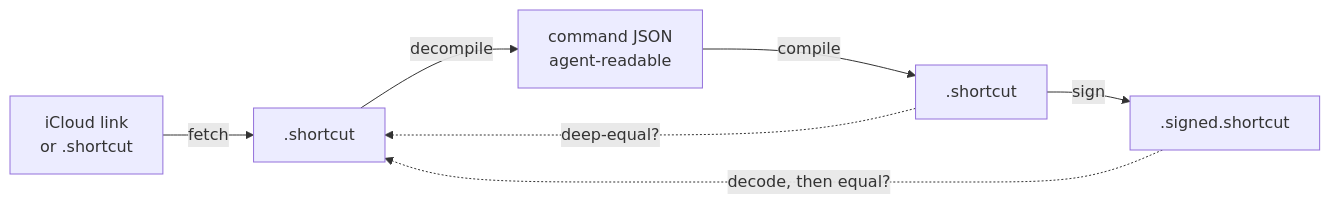
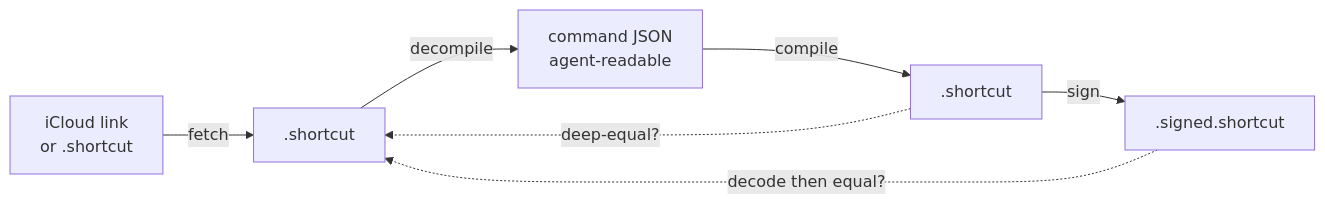
Before and after one commit to Wuvomi/shortcut-cli: the first of 2 diagrams in BENCHMARK.md, drawn with Mermaid. The commit also changed 1 other file, not shown here.

Commit message:
Mermaid: use pipe-form edge labels for max renderer compatibility

````diff
--- a/BENCHMARK.md
+++ b/BENCHMARK.md
@@ -9,9 +9,9 @@
 ```mermaid
 flowchart LR
     A["iCloud link<br/>or .shortcut"] -->|fetch| B[".shortcut"]
     B -->|decompile| C["command JSON<br/>agent-readable"]
     C -->|compile| D[".shortcut"]
     D -->|sign| E[".signed.shortcut"]
-    D -. "deep-equal?" .-> B
-    E -. "decode, then equal?" .-> B
+    D -.->|deep-equal?| B
+    E -.->|decode then equal?| B
 ```
````
